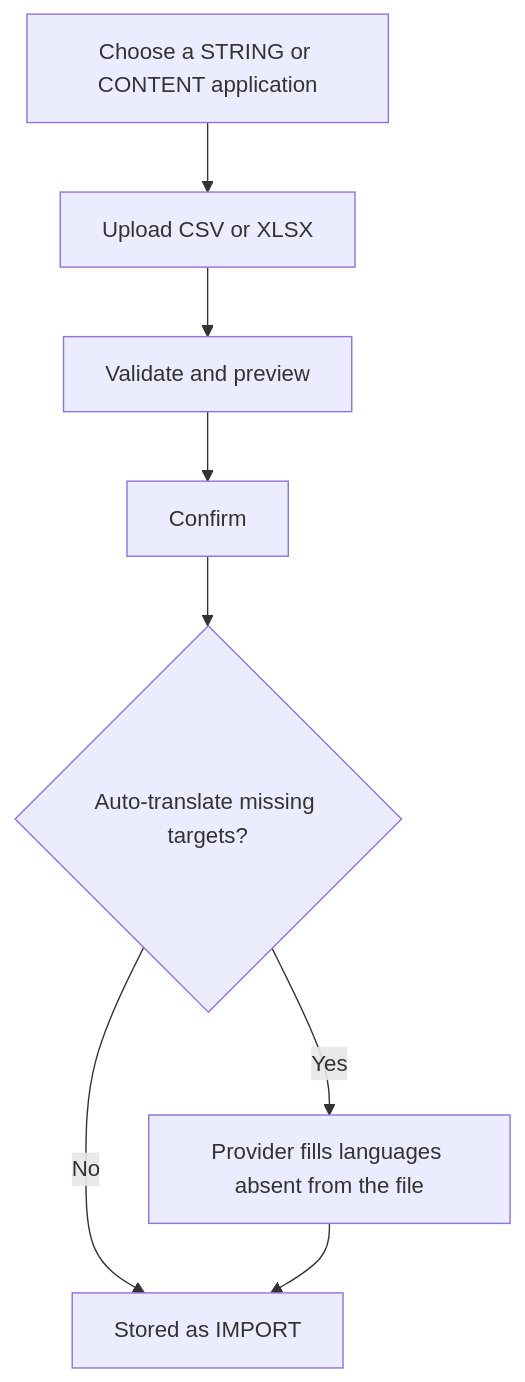
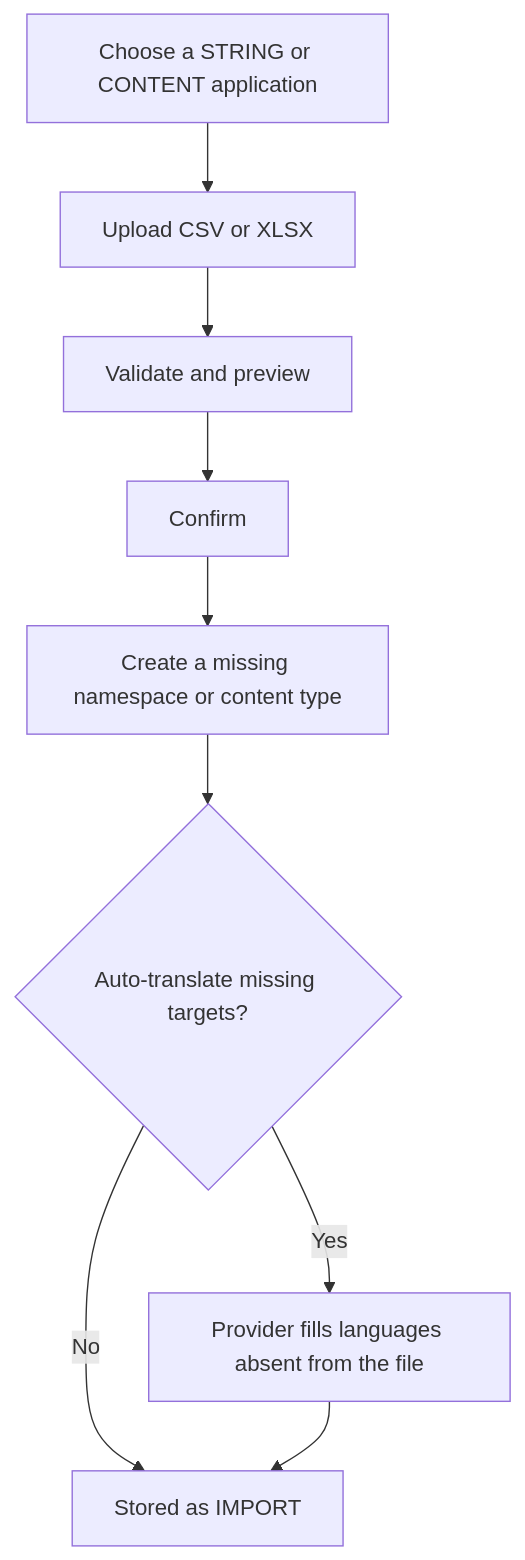
The eighth of 8 diagrams in docs/technical-documentation.md (alanwongsh/mrdiy-lingo), drawn with Mermaid before and after one commit. The commit also changed other lines of this file and 4 other files, not shown here.

````diff
--- a/docs/technical-documentation.md
+++ b/docs/technical-documentation.md
@@ -379,10 +392,11 @@
 ```mermaid
 flowchart TD
   Pick[Choose a STRING or CONTENT application] --> File[Upload CSV or XLSX]
   File --> Preview[Validate and preview]
   Preview --> Confirm[Confirm]
-  Confirm --> Opt{Auto-translate missing targets?}
+  Confirm --> Created[Create a missing namespace or content type]
+  Created --> Opt{Auto-translate missing targets?}
   Opt -->|Yes| Run[Provider fills languages absent from the file]
   Opt -->|No| Done[Stored as IMPORT]
   Run --> Done
 ```
````
